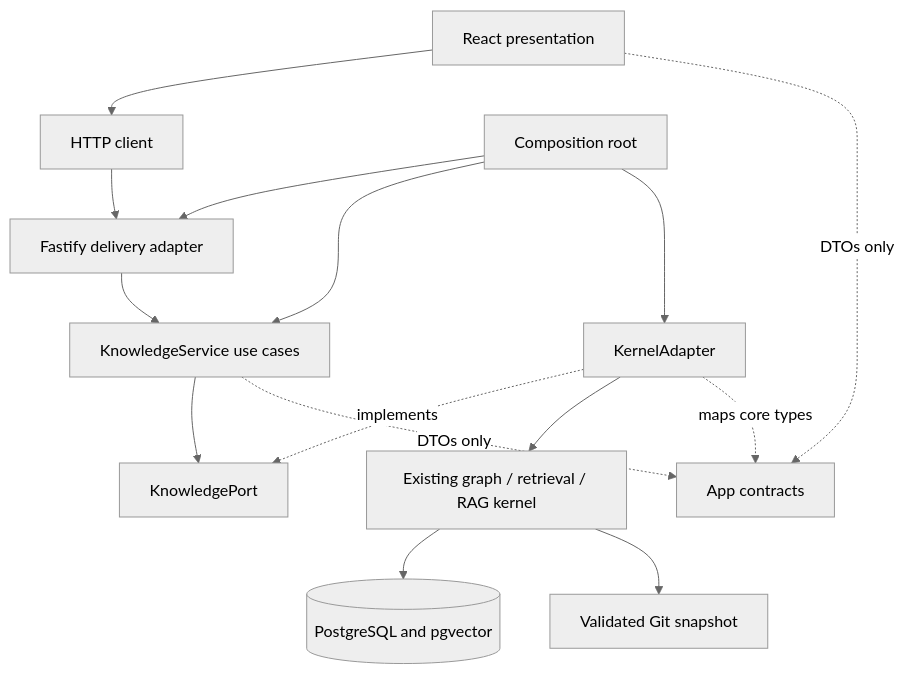
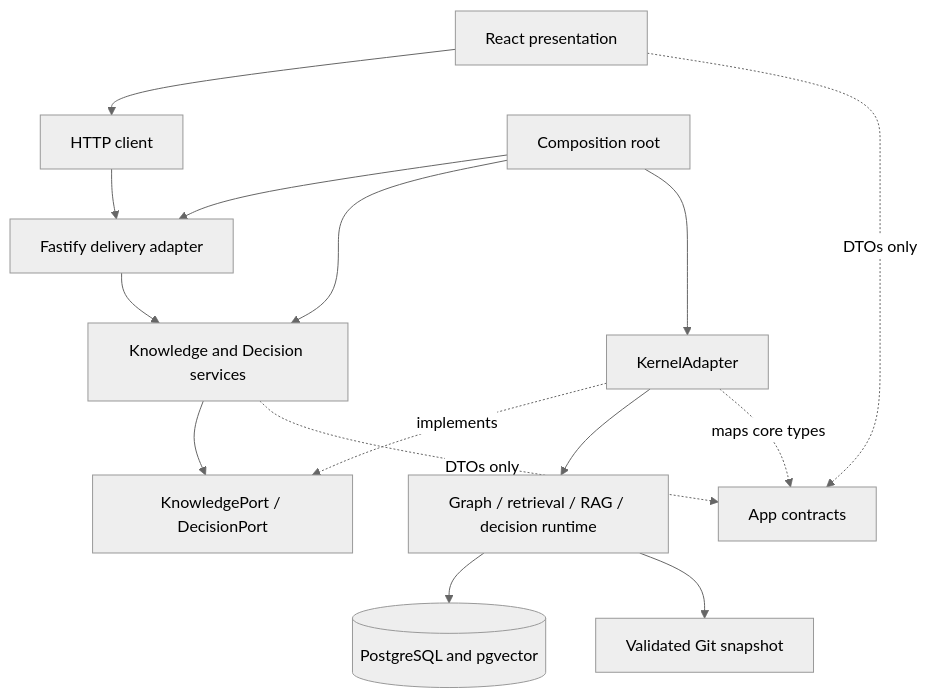
The first of 4 diagrams in apps/atlas/docs/architecture.md (anshacerbia2/architecture-knowledge), drawn with Mermaid (neutral theme) before and after one commit. The commit also changed other lines of this file and 46 other files, not shown here.

````diff
--- a/apps/atlas/docs/architecture.md
+++ b/apps/atlas/docs/architecture.md
@@ -43,17 +44,17 @@
 ```mermaid
 flowchart TB
   UI[React presentation] --> CLIENT[HTTP client]
   CLIENT --> HTTP[Fastify delivery adapter]
-  HTTP --> APP[KnowledgeService use cases]
-  APP --> PORT[KnowledgePort]
+  HTTP --> APP[Knowledge and Decision services]
+  APP --> PORT[KnowledgePort / DecisionPort]
   ADAPTER[KernelAdapter] -. implements .-> PORT
   ROOT[Composition root] --> HTTP
   ROOT --> APP
   ROOT --> ADAPTER
-  ADAPTER --> CORE[Existing graph / retrieval / RAG kernel]
+  ADAPTER --> CORE[Graph / retrieval / RAG / decision runtime]
   CORE --> DB[(PostgreSQL and pgvector)]
   CORE --> FILES[Validated Git snapshot]
   UI -. DTOs only .-> CONTRACT[App contracts]
   APP -. DTOs only .-> CONTRACT
   ADAPTER -. maps core types .-> CONTRACT
 ```
````
